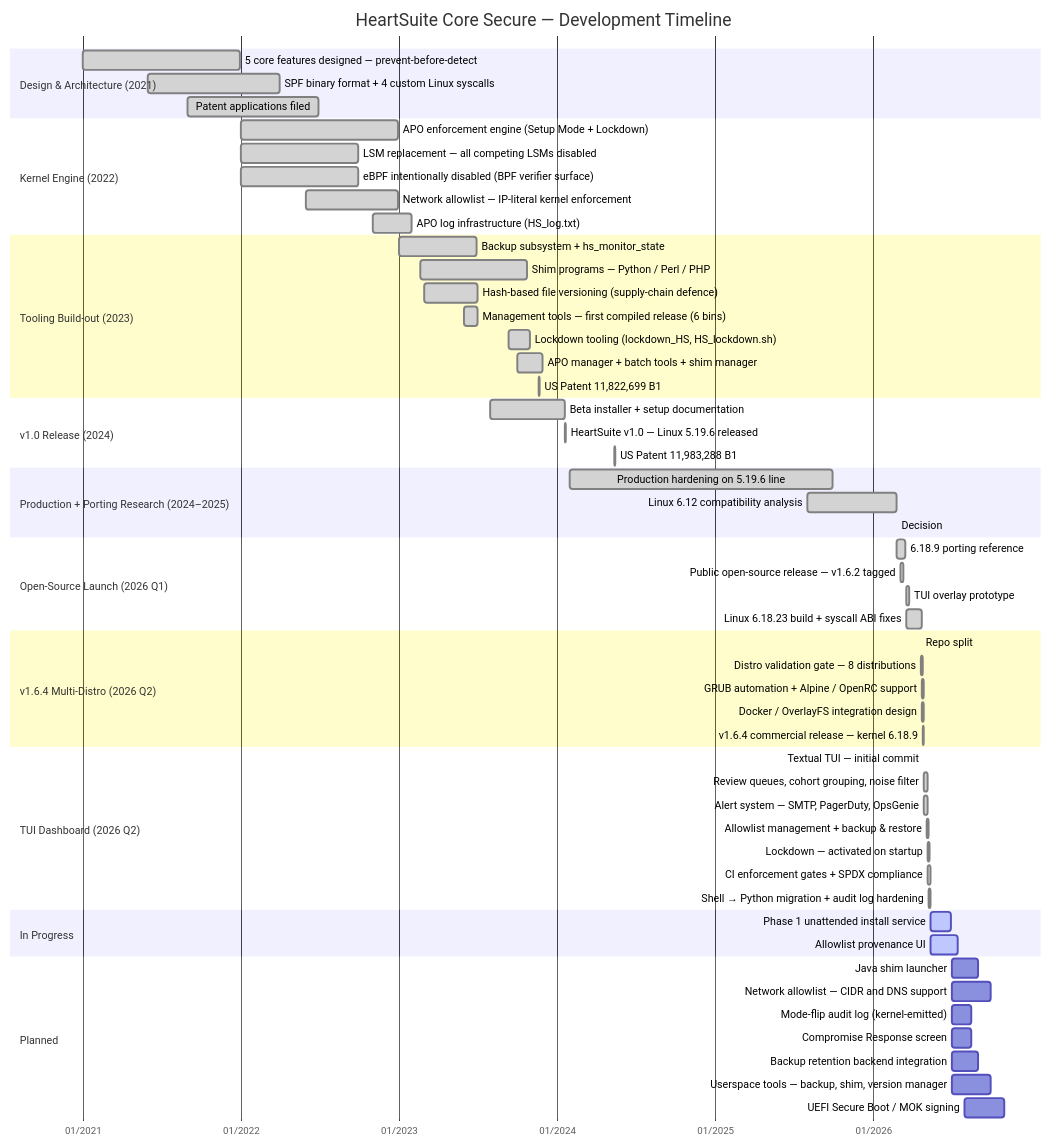
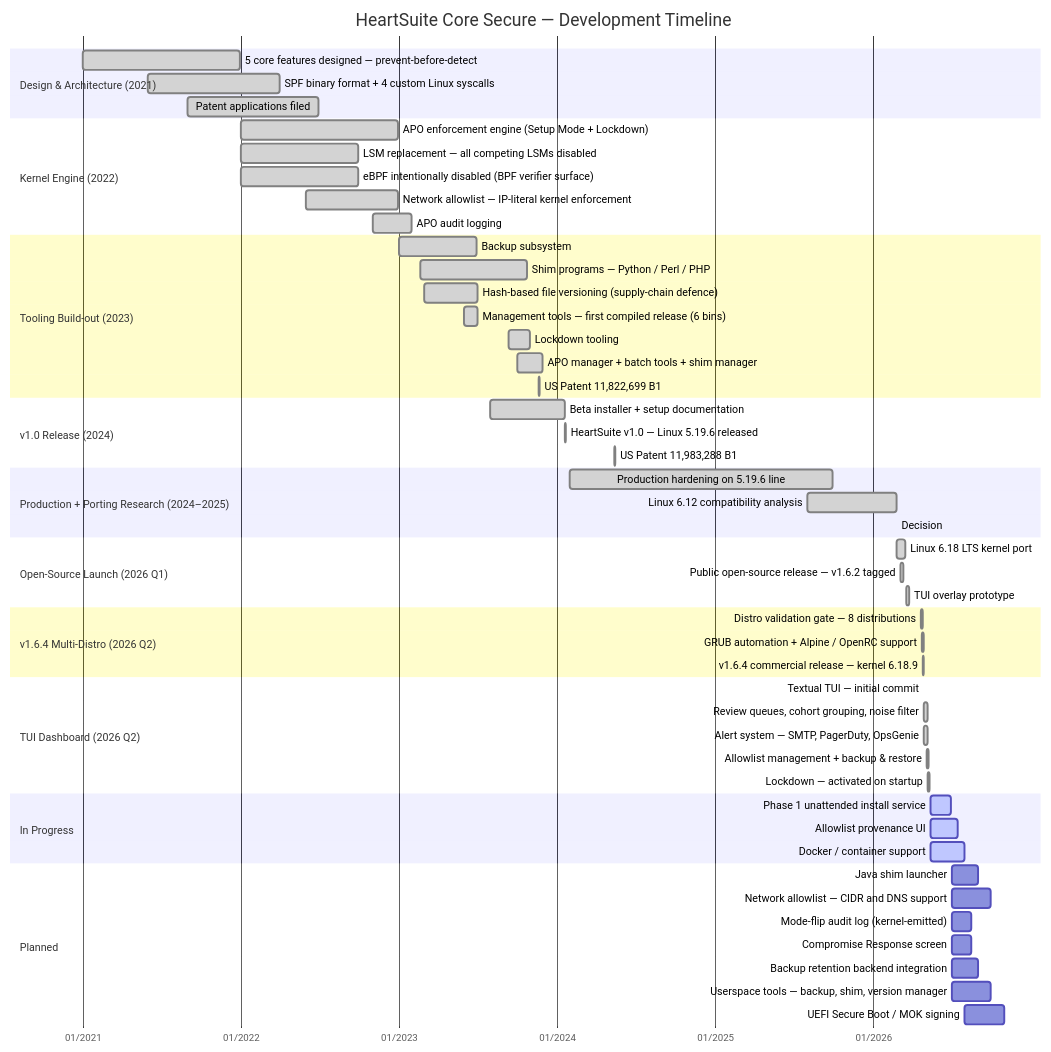
The diagram in content/en/roadmap/_index.md (HeartSecuritySuite/heartsuite-docs), drawn with Mermaid before and after one commit. The commit also changed other lines of this file, not shown here.

First line of the commit message:
docs(roadmap): remove internal engineering entries from the timeline

````diff
--- a/content/en/roadmap/_index.md
+++ b/content/en/roadmap/_index.md
@@ -18,72 +21,68 @@
 ```mermaid
 gantt
     title HeartSuite Core Secure — Development Timeline
     dateFormat YYYY-MM-DD
     axisFormat %m/%Y
 
     section Design & Architecture (2021)
     5 core features designed — prevent-before-detect  :done, 2021-01-01, 2021-12-31
     SPF binary format + 4 custom Linux syscalls        :done, 2021-06-01, 2022-03-31
     Patent applications filed                          :done, 2021-09-01, 2022-06-30
 
     section Kernel Engine (2022)
     APO enforcement engine (Setup Mode + Lockdown)     :done, 2022-01-01, 2022-12-31
     LSM replacement — all competing LSMs disabled      :done, 2022-01-01, 2022-09-30
     eBPF intentionally disabled (BPF verifier surface) :done, 2022-01-01, 2022-09-30
     Network allowlist — IP-literal kernel enforcement  :done, 2022-06-01, 2022-12-31
-    APO log infrastructure (HS_log.txt)                :done, 2022-11-01, 2023-01-31
+    APO audit logging                                  :done, 2022-11-01, 2023-01-31
 
     section Tooling Build-out (2023)
-    Backup subsystem + hs_monitor_state               :done, 2023-01-01, 2023-06-30
+    Backup subsystem                                  :done, 2023-01-01, 2023-06-30
     Shim programs — Python / Perl / PHP               :done, 2023-02-20, 2023-10-25
     Hash-based file versioning (supply-chain defence) :done, 2023-03-01, 2023-07-01
     Management tools — first compiled release (6 bins) :done, 2023-06-01, 2023-07-01
-    Lockdown tooling (lockdown_HS, HS_lockdown.sh)    :done, 2023-09-11, 2023-10-31
+    Lockdown tooling                                  :done, 2023-09-11, 2023-10-31
     APO manager + batch tools + shim manager          :done, 2023-10-01, 2023-11-30
     US Patent 11,822,699 B1                           :done, 2023-11-21, 2023-11-22
 
     section v1.0 Release (2024)
-    Beta installer + setup documentation       :done, 2023-07-31, 2024-01-20
+    Beta installer + setup documentation              :done, 2023-07-31, 2024-01-20
     HeartSuite v1.0 — Linux 5.19.6 released           :done, 2024-01-20, 2024-01-21
     US Patent 11,983,288 B1                           :done, 2024-05-14, 2024-05-15
 
     section Production + Porting Research (2024–2025)
     Production hardening on 5.19.6 line               :done, 2024-02-01, 2025-09-30
     Linux 6.12 compatibility analysis                 :done, 2025-08-01, 2026-02-24
     Decision: target Linux 6.18 LTS instead           :done, 2026-02-24, 2026-02-25
 
     section Open-Source Launch (2026 Q1)
-    6.18.9 porting reference                   :done, 2026-02-25, 2026-03-17
+    Linux 6.18 LTS kernel port                        :done, 2026-02-25, 2026-03-17
     Public open-source release — v1.6.2 tagged        :done, 2026-03-05, 2026-03-12
     TUI overlay prototype                             :done, 2026-03-18, 2026-03-26
-    Linux 6.18.23 build + syscall ABI fixes           :done, 2026-03-18, 2026-04-24
 
     section v1.6.4 Multi-Distro (2026 Q2)
-    Repo split: heartsuite UI + core-secure           :done, 2026-04-21, 2026-04-22
     Distro validation gate — 8 distributions          :done, 2026-04-22, 2026-04-26
     GRUB automation + Alpine / OpenRC support         :done, 2026-04-23, 2026-04-29
-    Docker / OverlayFS integration design             :done, 2026-04-24, 2026-04-28
     v1.6.4 commercial release — kernel 6.18.9         :done, 2026-04-26, 2026-04-27
 
     section TUI Dashboard (2026 Q2)
     Textual TUI — initial commit                      :done, 2026-04-28, 2026-04-29
     Review queues, cohort grouping, noise filter      :done, 2026-04-28, 2026-05-07
     Alert system — SMTP, PagerDuty, OpsGenie          :done, 2026-04-28, 2026-05-07
     Allowlist management + backup & restore           :done, 2026-05-04, 2026-05-10
     Lockdown — activated on startup                   :done, 2026-05-07, 2026-05-12
-    CI enforcement gates + SPDX compliance            :done, 2026-05-07, 2026-05-14
-    Shell → Python migration + audit log hardening    :done, 2026-05-09, 2026-05-14
 
     section In Progress
     Phase 1 unattended install service                :active, 2026-05-14, 2026-06-30
     Allowlist provenance UI                           :active, 2026-05-14, 2026-07-15
+    Docker / container support                        :active, 2026-05-14, 2026-07-31
 
     section Planned
     Java shim launcher                               :2026-07-01, 2026-08-31
     Network allowlist — CIDR and DNS support         :2026-07-01, 2026-09-30
     Mode-flip audit log (kernel-emitted)             :2026-07-01, 2026-08-15
     Compromise Response screen                       :2026-07-01, 2026-08-15
     Backup retention backend integration             :2026-07-01, 2026-08-31
     Userspace tools — backup, shim, version manager  :2026-07-01, 2026-09-30
     UEFI Secure Boot / MOK signing                   :2026-08-01, 2026-10-31
 ```
````
